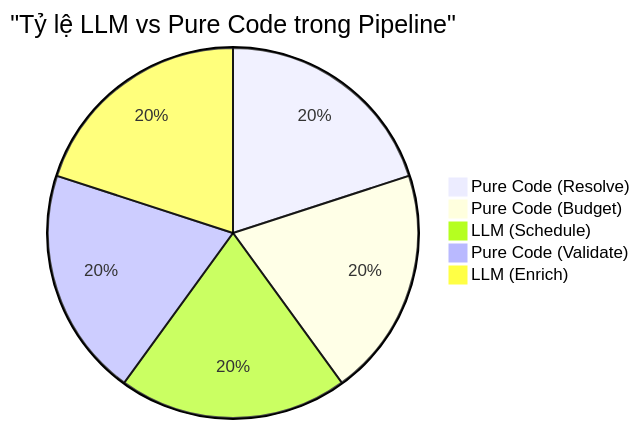
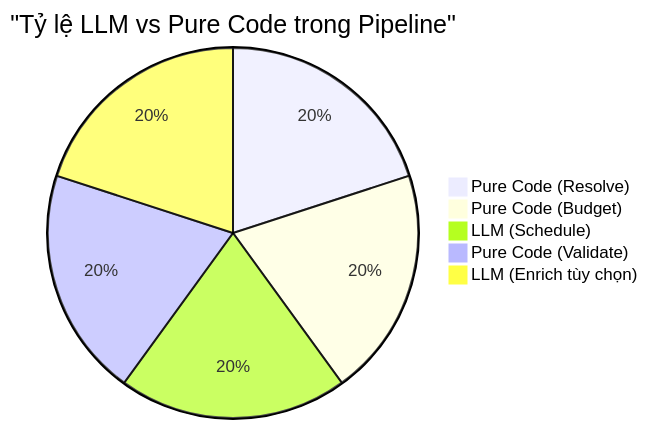
Before and after one commit to TVinhNguyen/Tripcompass: the fourth of 4 diagrams in docs/diagrams/03-ai-planner-pipeline.md, drawn with Mermaid. The commit also changed other lines of this file and 12 other files, not shown here.

Commit message:
docs: add system design diagrams for AI planner and itinerary management workflows and initialize next-env.d.ts.

````diff
--- a/docs/diagrams/03-ai-planner-pipeline.md
+++ b/docs/diagrams/03-ai-planner-pipeline.md
@@ -200,8 +225,8 @@
 ```mermaid
 pie title "Tỷ lệ LLM vs Pure Code trong Pipeline"
     "Pure Code (Resolve)" : 1
     "Pure Code (Budget)" : 1
     "LLM (Schedule)" : 1
     "Pure Code (Validate)" : 1
-    "LLM (Enrich)" : 1
+    "LLM (Enrich tùy chọn)" : 1
 ```
````
